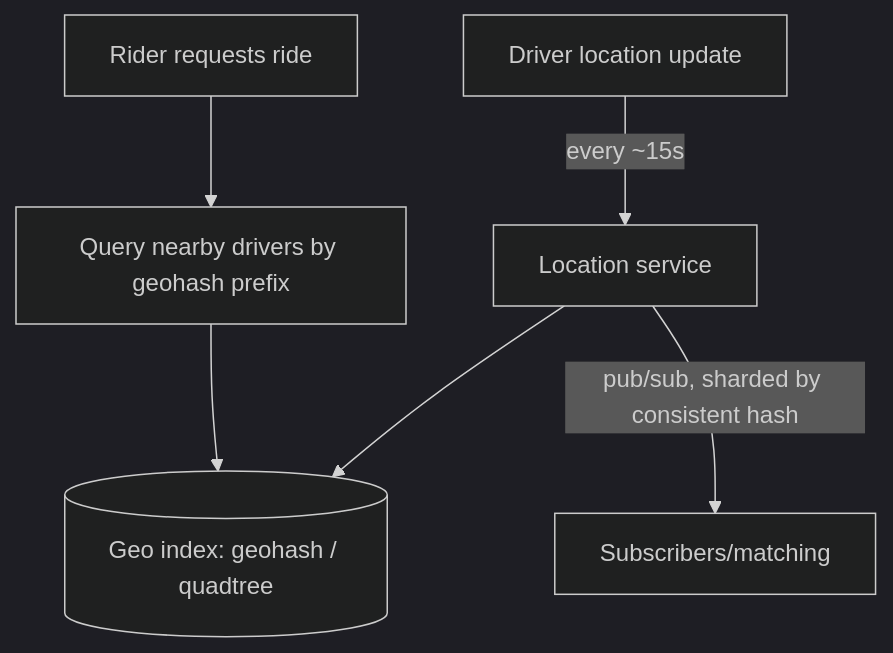
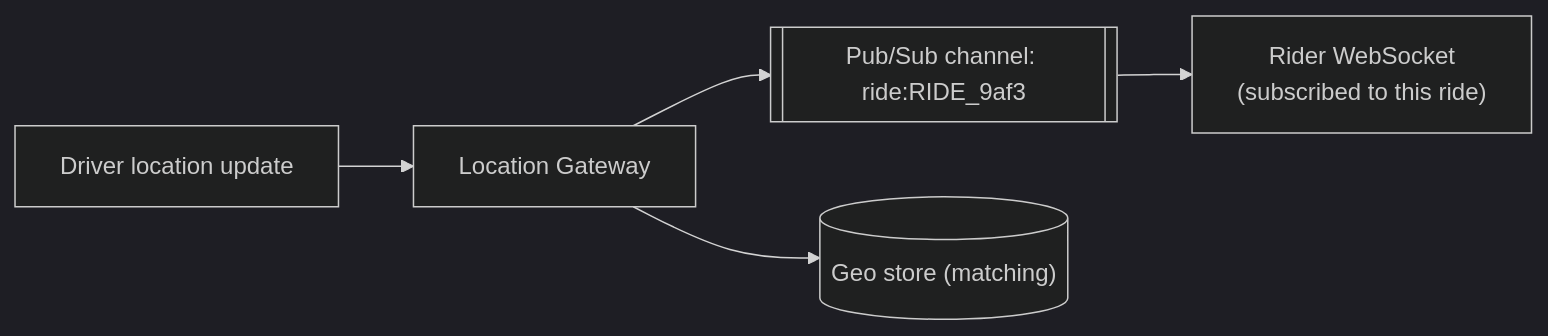
One commit to pankajThakur1874/studysheet changed the seventh of 9 diagrams in files/07-design-questions/13-ride-matching.md. Above: the diagram before and after it, drawn with Mermaid (dark theme). The commit also changed other lines of this file and 5 other files, not shown here.

````diff
--- a/files/07-design-questions/13-ride-matching.md
+++ b/files/07-design-questions/13-ride-matching.md
@@ -490,7 +375,7 @@
 ```mermaid
-flowchart TD
-    D[Driver location update] -->|every ~15s| Ingest[Location service]
-    Ingest --> GEO[("Geo index: geohash / quadtree")]
-    Rider[Rider requests ride] --> Q[Query nearby drivers by geohash prefix] --> GEO
-    Ingest -->|"pub/sub, sharded by consistent hash"| Sub["Subscribers/matching"]
+flowchart LR
+    D["Driver location update"] --> GW["Location Gateway"]
+    GW --> PS[["Pub/Sub channel: ride:RIDE_9af3"]]
+    PS --> RiderWS["Rider WebSocket<br/>(subscribed to this ride)"]
+    GW --> GEO[("Geo store (matching)")]
 ```
````
